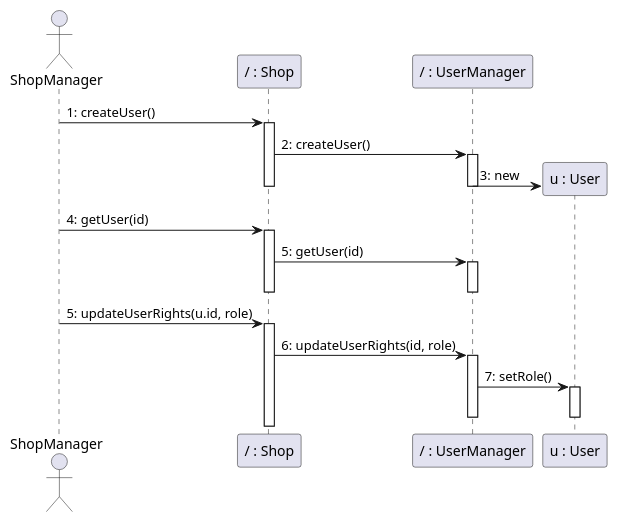
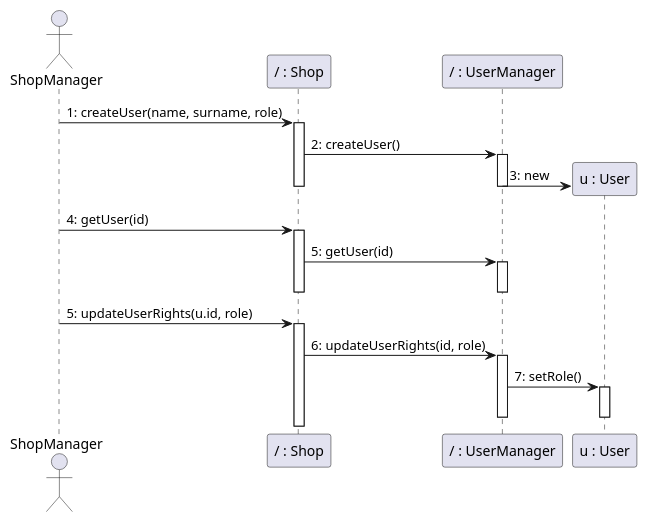
One commit to nicolabattaglino/ezshop changed the eighth of 18 diagrams in Deliverables/DesignDocument.md. Above: the diagram before and after it, drawn with PlantUML. The commit also changed other lines of this file, not shown here.

Commit message:
sequence diagram

````diff
--- a/Deliverables/DesignDocument.md
+++ b/Deliverables/DesignDocument.md
@@ -660,34 +660,34 @@
 ```plantuml
 @startuml
 actor ShopManager
 participant "/ : Shop" as Shop
 participant "/ : UserManager" as UserManager
 participant "u : User" as User
-ShopManager -> Shop: 1: createUser()
+ShopManager -> Shop: 1: createUser(name, surname, role)
 activate Shop
 Shop -> UserManager: 2: createUser()
 activate UserManager
 create User
 UserManager -> User: 3: new
 deactivate Shop
 deactivate UserManager
 
 ShopManager -> Shop: 4: getUser(id)
 activate Shop
 Shop -> UserManager: 5: getUser(id)
 activate UserManager
 deactivate UserManager
 deactivate Shop
 
 ShopManager -> Shop: 5: updateUserRights(u.id, role)
 activate Shop
 Shop -> UserManager: 6: updateUserRights(id, role)
 activate UserManager
 UserManager -> User: 7: setRole()
 activate User
 deactivate User
 
 deactivate UserManager
 
 @enduml
 ```
````
